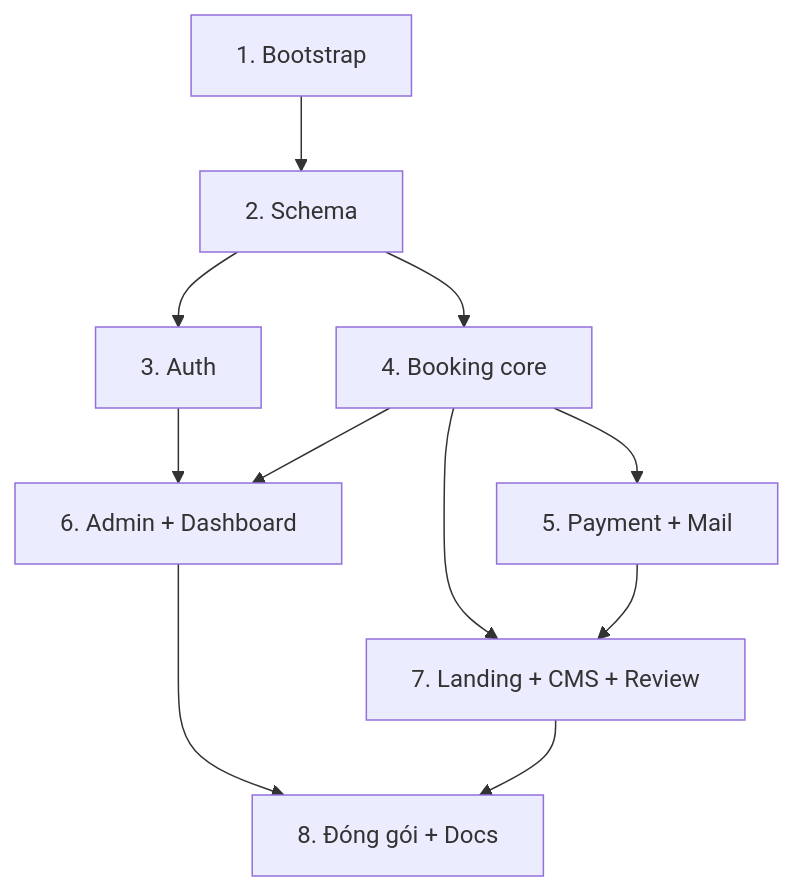
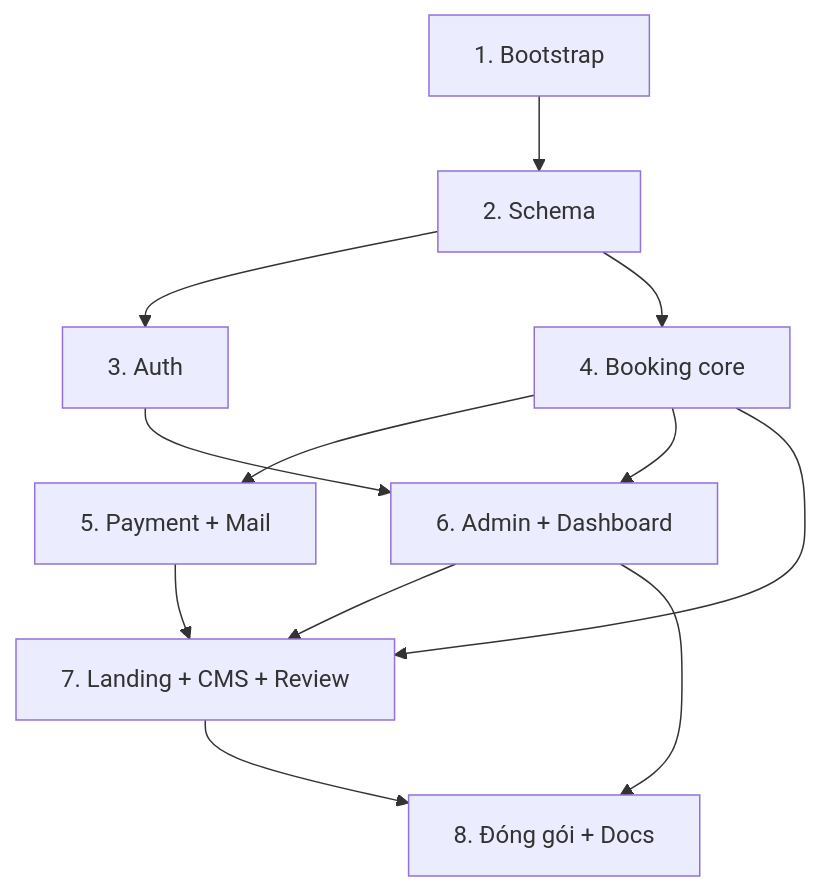
Before and after one commit to nhquan403/Project-Final-TVU: the second of 2 diagrams in plans/260907-1304-homestay-tvh-booking/plan.md, drawn with Mermaid. The commit also changed other lines of this file and 9 other files, not shown here.

````diff
--- a/plans/260907-1304-homestay-tvh-booking/plan.md
+++ b/plans/260907-1304-homestay-tvh-booking/plan.md
@@ -88,13 +89,14 @@
 ```mermaid
 flowchart TD
     P1[1. Bootstrap] --> P2[2. Schema]
     P2 --> P3[3. Auth]
     P2 --> P4[4. Booking core]
     P4 --> P5[5. Payment + Mail]
     P3 --> P6[6. Admin + Dashboard]
     P4 --> P6
     P4 --> P7[7. Landing + CMS + Review]
     P5 --> P7
+    P6 --> P7
     P6 --> P8[8. Đóng gói + Docs]
     P7 --> P8
 ```
````
